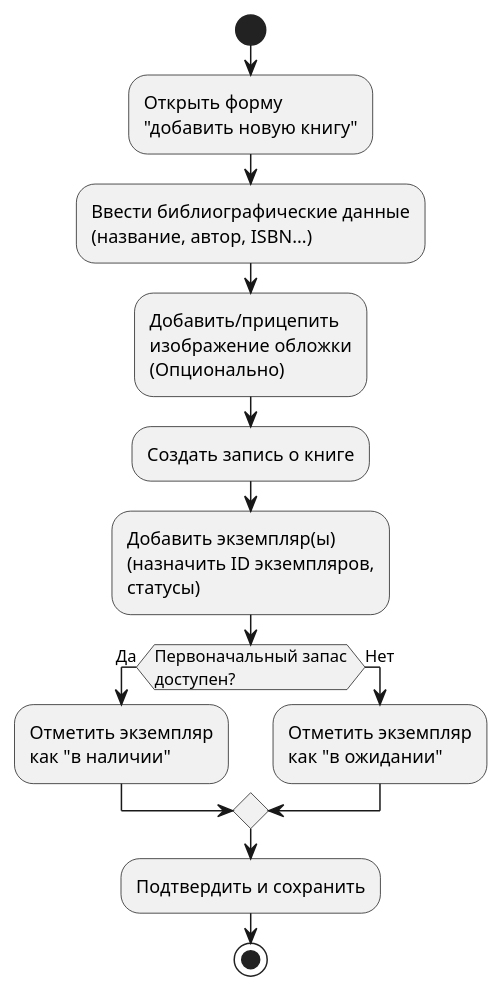
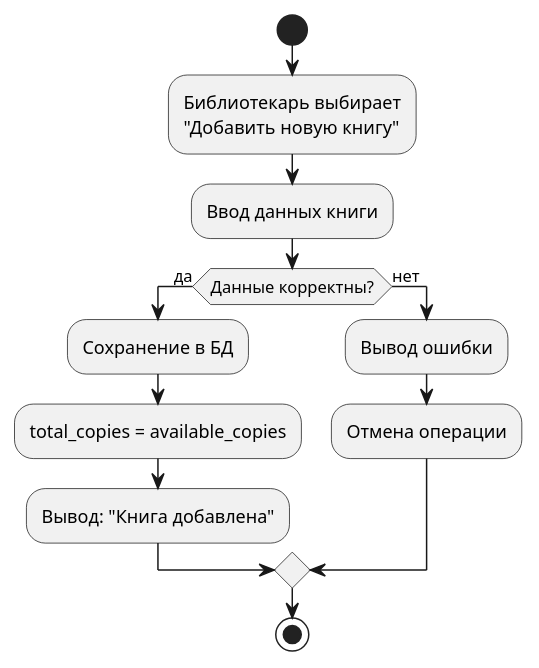
The diagram in docs/diagrams/librarian_do.puml (EmAnto0/InfProject), drawn with PlantUML before and after one commit. The commit also changed 10 other files, not shown here.

```diff
--- a/docs/diagrams/librarian_do.puml
+++ b/docs/diagrams/librarian_do.puml
@@ -1,17 +1,18 @@
 @startuml librarian_do
+
 start
-:Открыть форму\n"добавить новую книгу";
-:Ввести библиографические данные\n(название, автор, ISBN...);
-:Добавить/прицепить\nизображение обложки\n(Опционально);
-:Создать запись о книге;
-:Добавить экземпляр(ы)\n(назначить ID экземпляров,\nстатусы);
+:Библиотекарь выбирает\n"Добавить новую книгу";
 
-if (Первоначальный запас\nдоступен?) then (Да)
-  :Отметить экземпляр\nкак "в наличии";
-else (Нет)
-  :Отметить экземпляр\nкак "в ожидании";
+:Ввод данных книги;
+
+if (Данные корректны?) then (да)
+  :Сохранение в БД;
+  :total_copies = available_copies;
+  :Вывод: "Книга добавлена";
+else (нет)
+  :Вывод ошибки;
+  :Отмена операции;
 endif
 
-:Подтвердить и сохранить;
 stop
 @enduml
```
